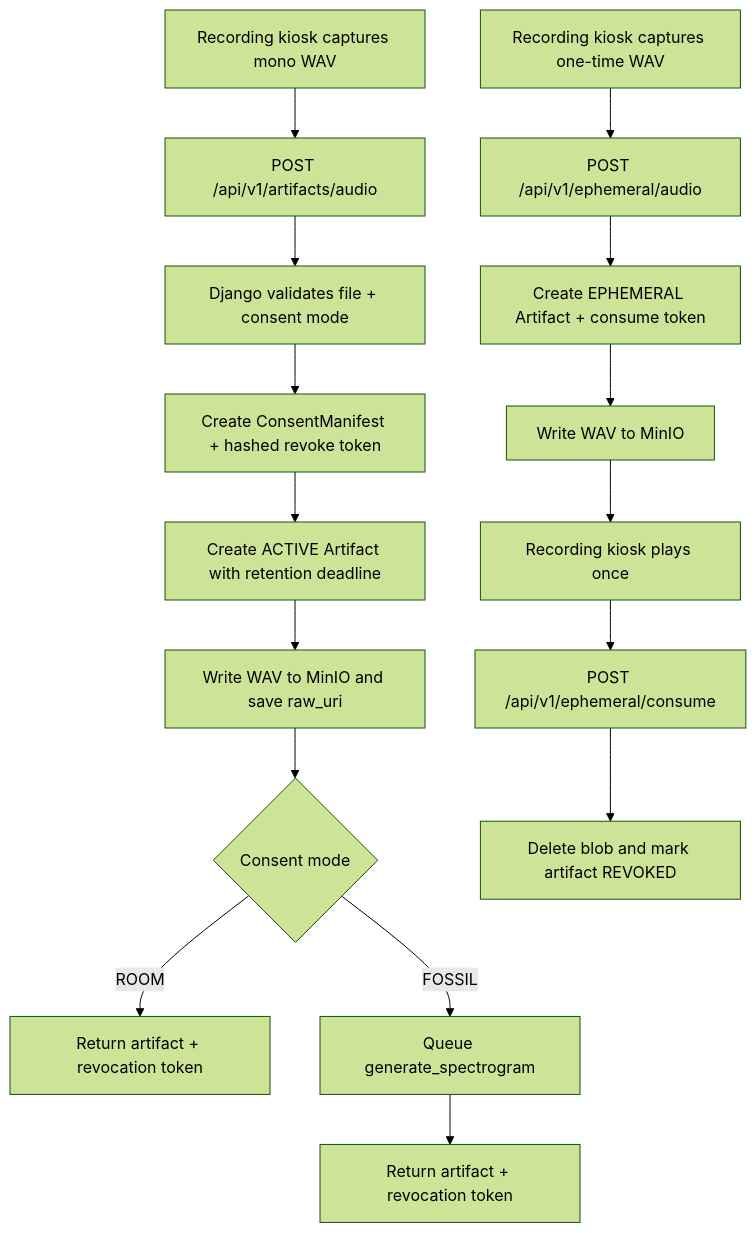
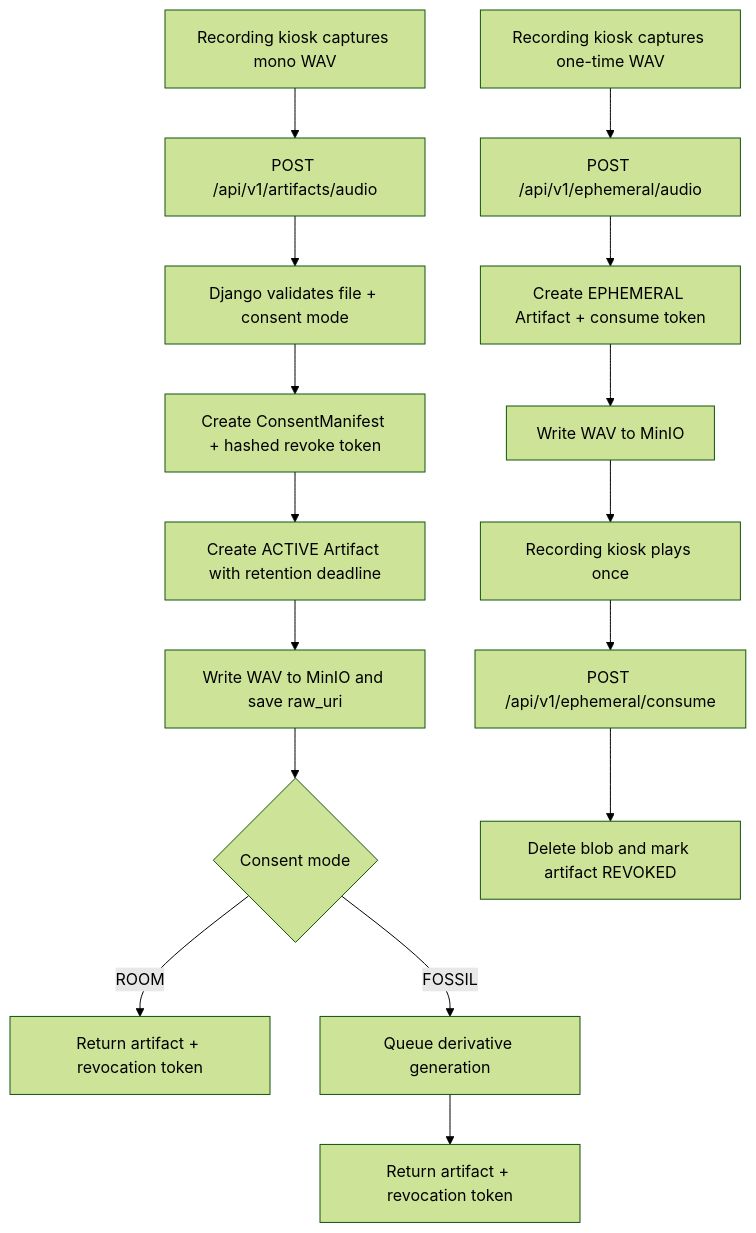
The third of 5 diagrams in docs/how-the-stack-works.md (bseverns/memory-engine), drawn with Mermaid (forest theme) before and after one commit. The commit also changed other lines of this file and 11 other files, not shown here.

````diff
--- a/docs/how-the-stack-works.md
+++ b/docs/how-the-stack-works.md
@@ -314,19 +320,19 @@
 ```mermaid
 flowchart TD
     start["Recording kiosk captures mono WAV"] --> upload["POST /api/v1/artifacts/audio"]
     upload --> validate["Django validates file + consent mode"]
     validate --> consent["Create ConsentManifest + hashed revoke token"]
     consent --> artifact["Create ACTIVE Artifact with retention deadline"]
     artifact --> store["Write WAV to MinIO and save raw_uri"]
     store --> branch{"Consent mode"}
     branch -->|ROOM| room["Return artifact + revocation token"]
-    branch -->|FOSSIL| queue["Queue generate_spectrogram"]
+    branch -->|FOSSIL| queue["Queue derivative generation"]
     queue --> fossil["Return artifact + revocation token"]
 
     nosaveStart["Recording kiosk captures one-time WAV"] --> nosaveUpload["POST /api/v1/ephemeral/audio"]
     nosaveUpload --> eph["Create EPHEMERAL Artifact + consume token"]
     eph --> ephStore["Write WAV to MinIO"]
     ephStore --> once["Recording kiosk plays once"]
     once --> consume["POST /api/v1/ephemeral/consume"]
     consume --> purge["Delete blob and mark artifact REVOKED"]
 ```
````
